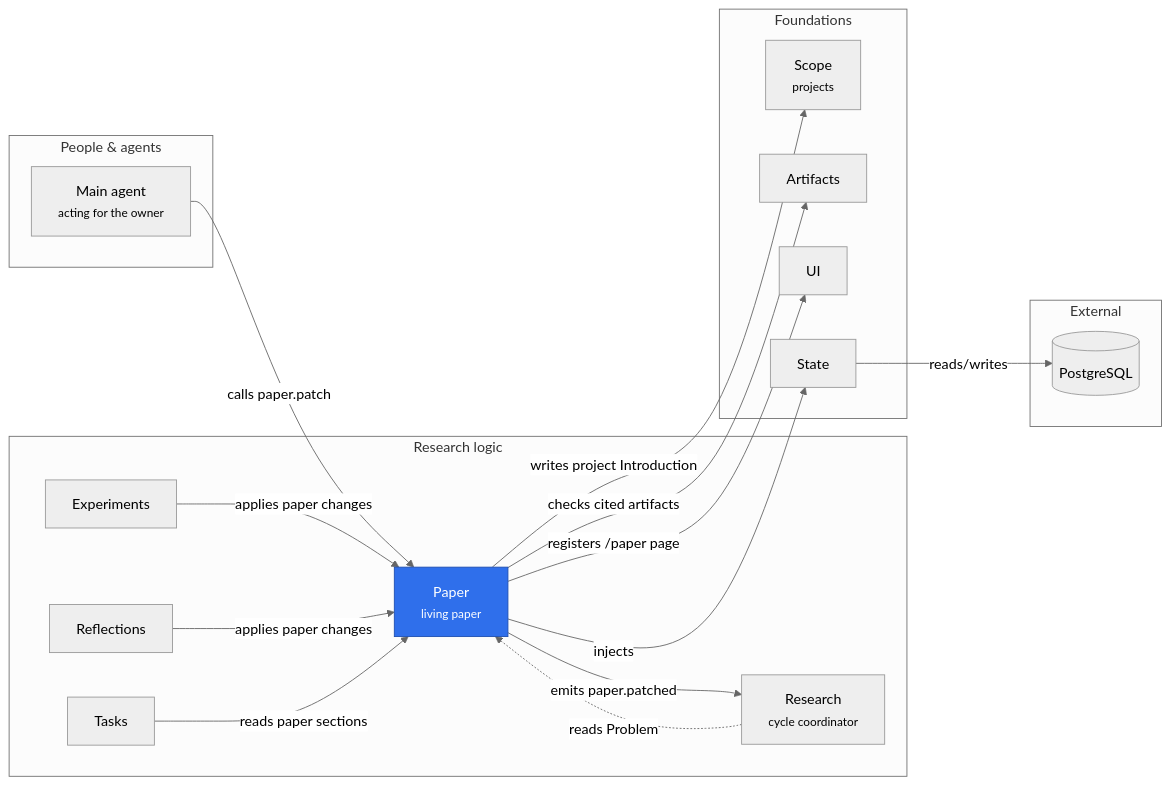
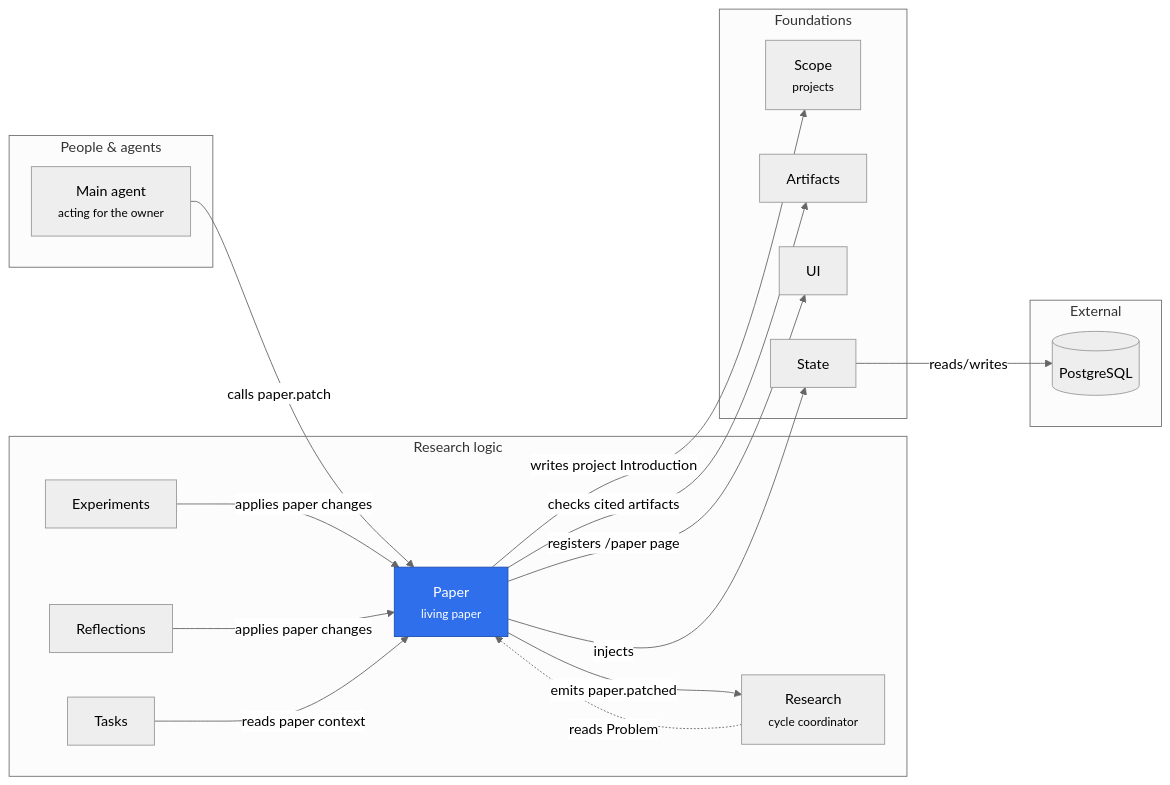
The diagram in merv-typescript/packages/paper/README.md (rapidreview-io/Merv), drawn with Mermaid (neutral theme) before and after one commit. The commit also changed other lines of this file and 28 other files, not shown here.

First line of the commit message:
Let Paper hand out its context items and own the Problem rules

````diff
--- a/merv-typescript/packages/paper/README.md
+++ b/merv-typescript/packages/paper/README.md
@@ -7,35 +7,35 @@
 ```mermaid
 flowchart LR
   subgraph people["People & agents"]
     agent["Main agent<br/><small>acting for the owner</small>"]
   end
   subgraph logic["Research logic"]
     paper["Paper<br/><small>living paper</small>"]
     experiments["Experiments"]
     reflections["Reflections"]
     tasks["Tasks"]
     research["Research<br/><small>cycle coordinator</small>"]
   end
   subgraph foundations["Foundations"]
     scope["Scope<br/><small>projects</small>"]
     artifacts["Artifacts"]
     ui["UI"]
     state["State"]
   end
   subgraph external["External"]
     postgres[("PostgreSQL")]
   end
   agent -- "calls paper.patch" --> paper
   experiments -- "applies paper changes" --> paper
   reflections -- "applies paper changes" --> paper
-  tasks -- "reads paper sections" --> paper
+  tasks -- "reads paper context" --> paper
   research -. "reads Problem" .-> paper
   paper -- "emits paper.patched" --> research
   paper -- "writes project Introduction" --> scope
   paper -- "checks cited artifacts" --> artifacts
   paper -- "registers /paper page" --> ui
   paper -- "injects" --> state
   state -- "reads/writes" --> postgres
   class paper self
   classDef self fill:#2f6feb,color:#fff,stroke:#1f4fb0
 ```
````
